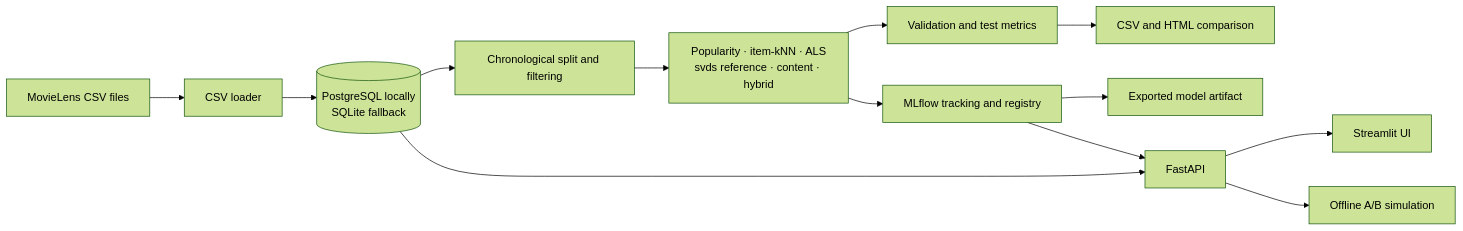
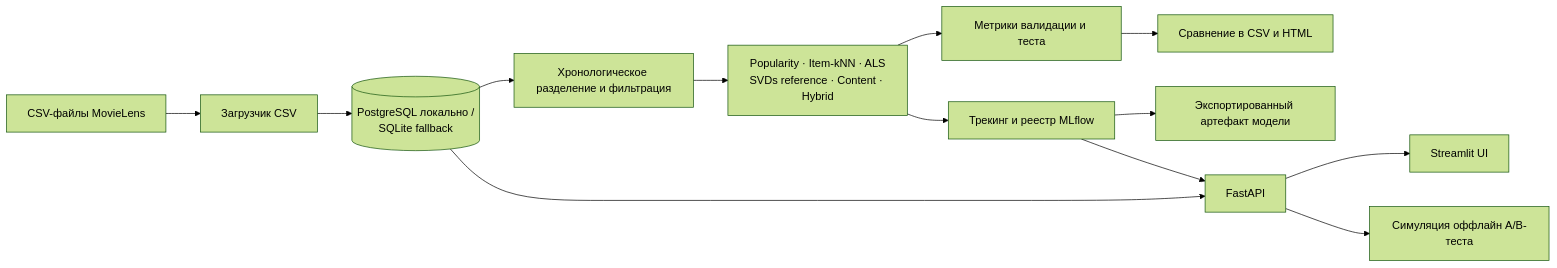
Before and after one commit to sxxxsewan/MovieRecSys: the diagram in README.md, drawn with Mermaid (forest theme). The commit also changed other lines of this file and 4 other files, not shown here.

````diff
--- a/README.md
+++ b/README.md
@@ -10,15 +26,15 @@
 ```mermaid
 flowchart LR
-    CSV[MovieLens CSV files] --> Loader[CSV loader]
-    Loader --> DB[(PostgreSQL locally<br/>SQLite fallback)]
-    DB --> Split[Chronological split and filtering]
-    Split --> Models[Popularity · item-kNN · ALS<br/>svds reference · content · hybrid]
-    Models --> Eval[Validation and test metrics]
-    Models --> MLflow[MLflow tracking and registry]
-    MLflow --> Export[Exported model artifact]
+    CSV[CSV-файлы MovieLens] --> Loader[Загрузчик CSV]
+    Loader --> DB[(PostgreSQL локально /<br/>SQLite fallback)]
+    DB --> Split[Хронологическое разделение и фильтрация]
+    Split --> Models[Popularity · Item-kNN · ALS<br/>SVDs reference · Content · Hybrid]
+    Models --> Eval[Метрики валидации и теста]
+    Models --> MLflow[Трекинг и реестр MLflow]
+    MLflow --> Export[Экспортированный артефакт модели]
     MLflow --> API[FastAPI]
     DB --> API
     API --> UI[Streamlit UI]
-    Eval --> Results[CSV and HTML comparison]
-    API --> AB[Offline A/B simulation]
+    Eval --> Results[Сравнение в CSV и HTML]
+    API --> AB[Симуляция оффлайн A/B-теста]
 ```
````
